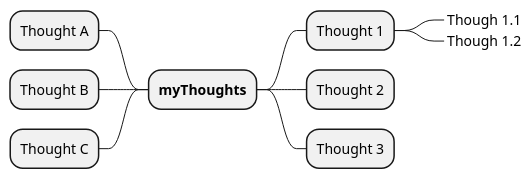
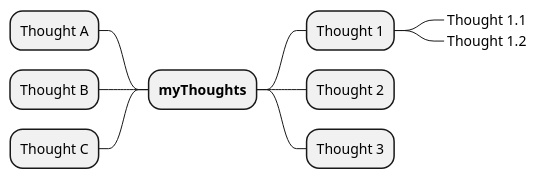
One commit to docToolchain/docs-as-co.de changed the diagram in docs/_posts/demo.puml. Above: the diagram before and after it, drawn with PlantUML. The commit also changed 10 other files, not shown here.

Commit message:
fixing spelling of "thought" in plantuml and SVGs

```diff
--- a/docs/_posts/demo.puml
+++ b/docs/_posts/demo.puml
@@ -1,18 +1,18 @@
 @startmindmap
 
 + **myThoughts**
 ++ Thought 1
 'tag::details[]
-+++_ Though 1.1
-+++_ Though 1.2
++++_ Thought 1.1
++++_ Thought 1.2
 'end::details[]
 ++ Thought 2
 ++ Thought 3
 
 'tag::left[]
 -- Thought A
 -- Thought B
 -- Thought C
 'end::left[]
 
 @endmindmap
```
